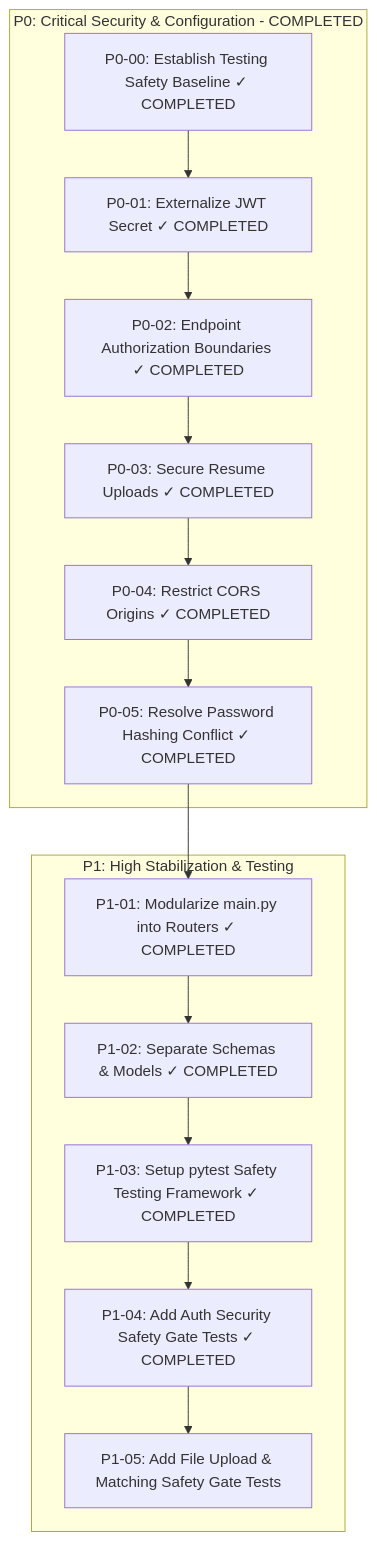
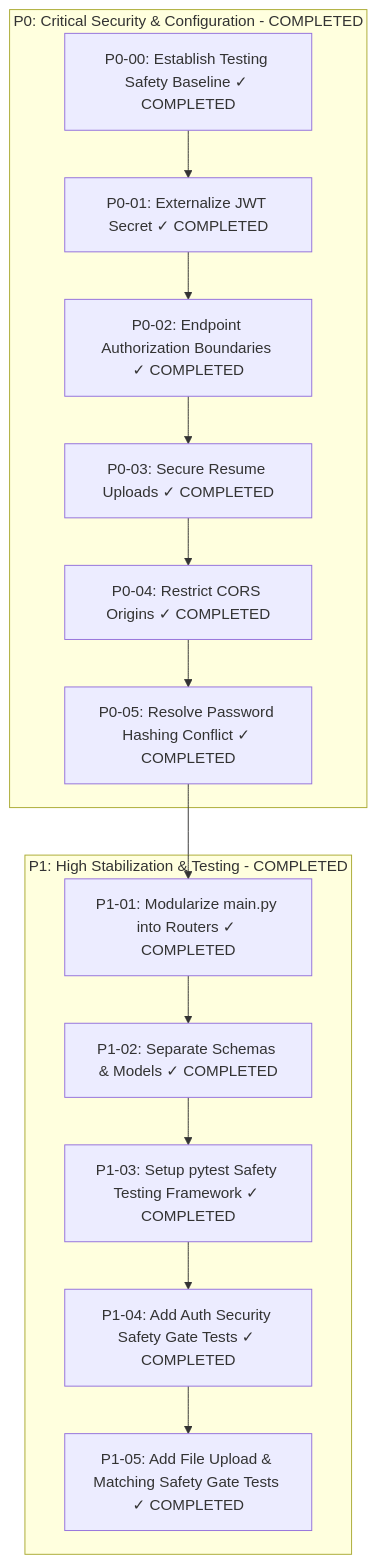
One commit to AlvinMutie/Job-seer changed the diagram in docs/ROADMAP.md. Above: the diagram before and after it, drawn with Mermaid. The commit also changed other lines of this file and 26 other files, not shown here.

````diff
--- a/docs/ROADMAP.md
+++ b/docs/ROADMAP.md
@@ -9,21 +9,21 @@
 ```mermaid
 flowchart TD
     subgraph P0 [P0: Critical Security & Configuration - COMPLETED]
         P0-00[P0-00: Establish Testing Safety Baseline ✓ COMPLETED]
         P0-01[P0-01: Externalize JWT Secret ✓ COMPLETED]
         P0-02[P0-02: Endpoint Authorization Boundaries ✓ COMPLETED]
         P0-03[P0-03: Secure Resume Uploads ✓ COMPLETED]
         P0-04[P0-04: Restrict CORS Origins ✓ COMPLETED]
         P0-05[P0-05: Resolve Password Hashing Conflict ✓ COMPLETED]
     end
 
-    subgraph P1 [P1: High Stabilization & Testing]
+    subgraph P1 [P1: High Stabilization & Testing - COMPLETED]
         P1-01[P1-01: Modularize main.py into Routers ✓ COMPLETED]
         P1-02[P1-02: Separate Schemas & Models ✓ COMPLETED]
         P1-03[P1-03: Setup pytest Safety Testing Framework ✓ COMPLETED]
         P1-04[P1-04: Add Auth Security Safety Gate Tests ✓ COMPLETED]
-        P1-05[P1-05: Add File Upload & Matching Safety Gate Tests]
+        P1-05[P1-05: Add File Upload & Matching Safety Gate Tests ✓ COMPLETED]
     end
 
     P0-00 --> P0-01 --> P0-02 --> P0-03 --> P0-04 --> P0-05 --> P1-01 --> P1-02 --> P1-03 --> P1-04 --> P1-05
 ```
````
